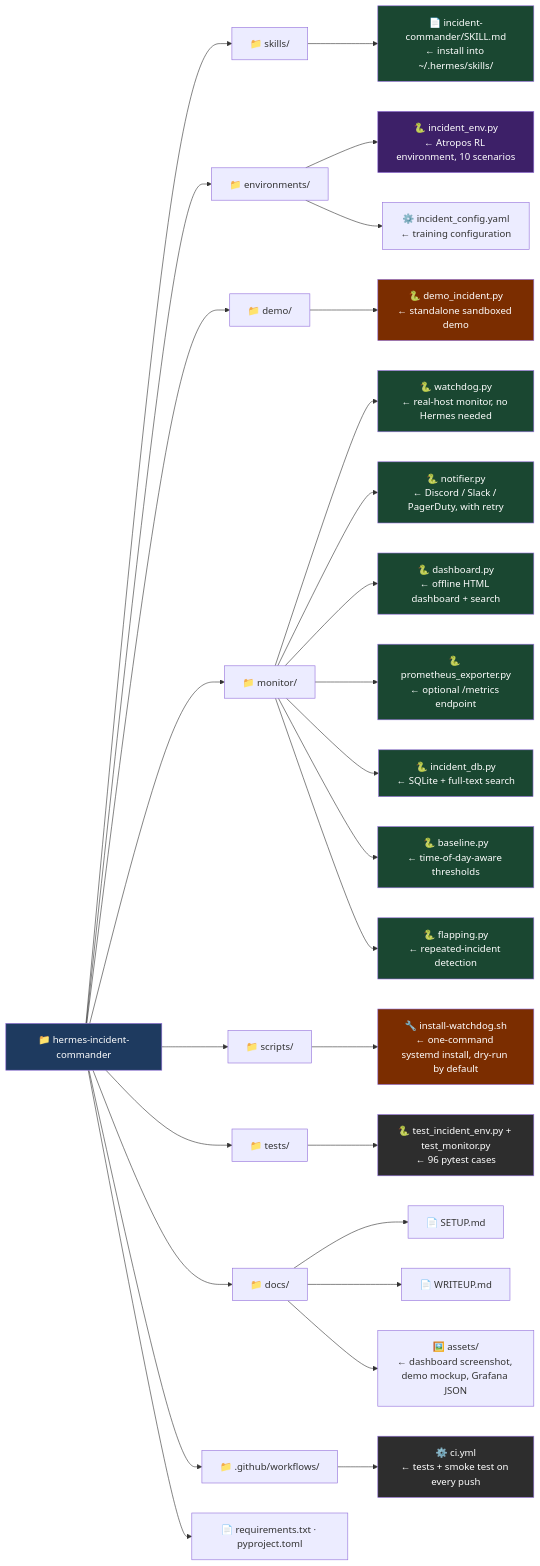
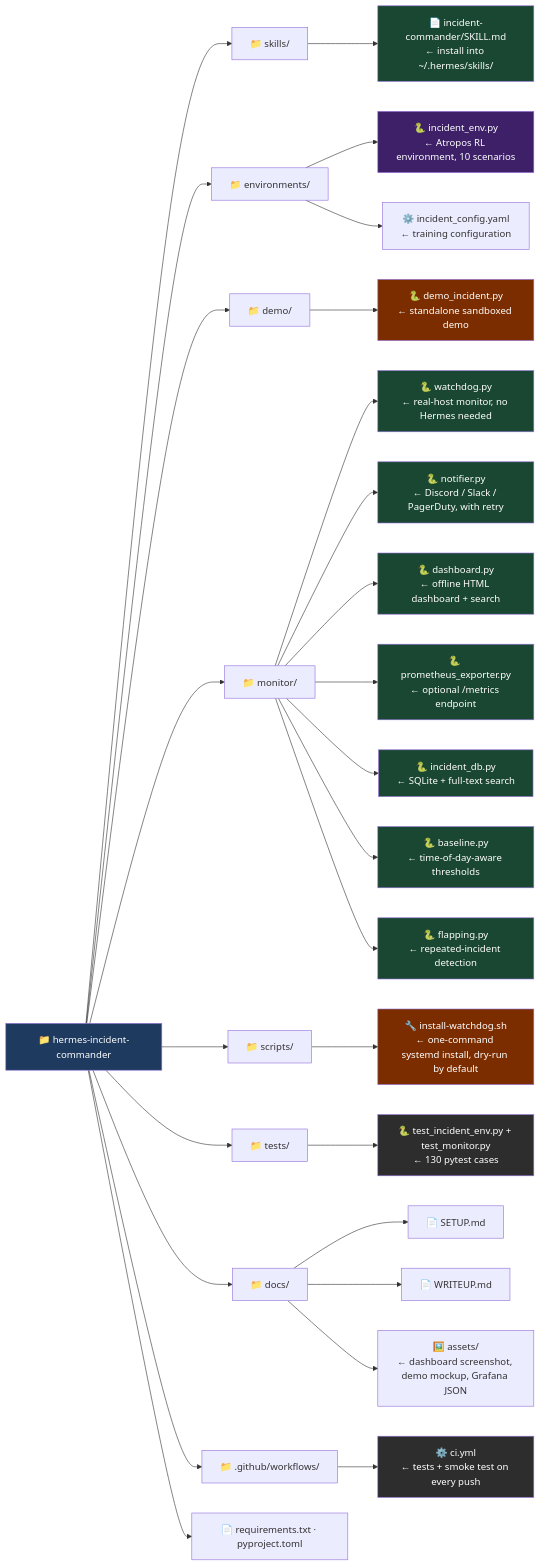
Before and after one commit to Lethe044/hermes-incident-commander: the second of 3 diagrams in README.md, drawn with Mermaid. The commit also changed other lines of this file and 8 other files, not shown here.

Commit message:
v2.4.0: dashboard trend chart, watchdog --validate-config, incident_db CSV/JSON export

````diff
--- a/README.md
+++ b/README.md
@@ -280,54 +305,54 @@
 ```mermaid
 graph LR
     ROOT["📁 hermes-incident-commander"]
 
     ROOT --> SKILLS["📁 skills/"]
     ROOT --> ENVS["📁 environments/"]
     ROOT --> DEMO["📁 demo/"]
     ROOT --> MON["📁 monitor/"]
     ROOT --> SCRIPTS["📁 scripts/"]
     ROOT --> TESTS["📁 tests/"]
     ROOT --> DOCS["📁 docs/"]
     ROOT --> CI["📁 .github/workflows/"]
     ROOT --> REQ["📄 requirements.txt · pyproject.toml"]
 
     SKILLS --> SKILL_MD["📄 incident-commander/SKILL.md<br/>← install into ~/.hermes/skills/"]
 
     ENVS --> ENV_PY["🐍 incident_env.py<br/>← Atropos RL environment, 10 scenarios"]
     ENVS --> ENV_CFG["⚙️ incident_config.yaml<br/>← training configuration"]
 
     DEMO --> DEMO_PY["🐍 demo_incident.py<br/>← standalone sandboxed demo"]
 
     MON --> WATCHDOG["🐍 watchdog.py<br/>← real-host monitor, no Hermes needed"]
     MON --> NOTIFY["🐍 notifier.py<br/>← Discord / Slack / PagerDuty, with retry"]
     MON --> DASH["🐍 dashboard.py<br/>← offline HTML dashboard + search"]
     MON --> PROM["🐍 prometheus_exporter.py<br/>← optional /metrics endpoint"]
     MON --> IDB["🐍 incident_db.py<br/>← SQLite + full-text search"]
     MON --> BASE["🐍 baseline.py<br/>← time-of-day-aware thresholds"]
     MON --> FLAP["🐍 flapping.py<br/>← repeated-incident detection"]
 
     SCRIPTS --> INSTALL["🔧 install-watchdog.sh<br/>← one-command systemd install, dry-run by default"]
 
-    TESTS --> TEST_PY["🐍 test_incident_env.py + test_monitor.py<br/>← 96 pytest cases"]
+    TESTS --> TEST_PY["🐍 test_incident_env.py + test_monitor.py<br/>← 130 pytest cases"]
 
     DOCS --> SETUP["📄 SETUP.md"]
     DOCS --> WRITEUP["📄 WRITEUP.md"]
     DOCS --> ASSETS["🖼️ assets/<br/>← dashboard screenshot, demo mockup, Grafana JSON"]
 
     CI --> CIWORKFLOW["⚙️ ci.yml<br/>← tests + smoke test on every push"]
 
     style ROOT fill:#1e3a5f,color:#fff
     style SKILL_MD fill:#1a4731,color:#fff
     style ENV_PY fill:#3d2068,color:#fff
     style DEMO_PY fill:#7b2d00,color:#fff
     style TEST_PY fill:#2d2d2d,color:#fff
     style WATCHDOG fill:#1a4731,color:#fff
     style NOTIFY fill:#1a4731,color:#fff
     style DASH fill:#1a4731,color:#fff
     style PROM fill:#1a4731,color:#fff
     style IDB fill:#1a4731,color:#fff
     style BASE fill:#1a4731,color:#fff
     style FLAP fill:#1a4731,color:#fff
     style INSTALL fill:#7b2d00,color:#fff
     style CIWORKFLOW fill:#2d2d2d,color:#fff
 ```
````
